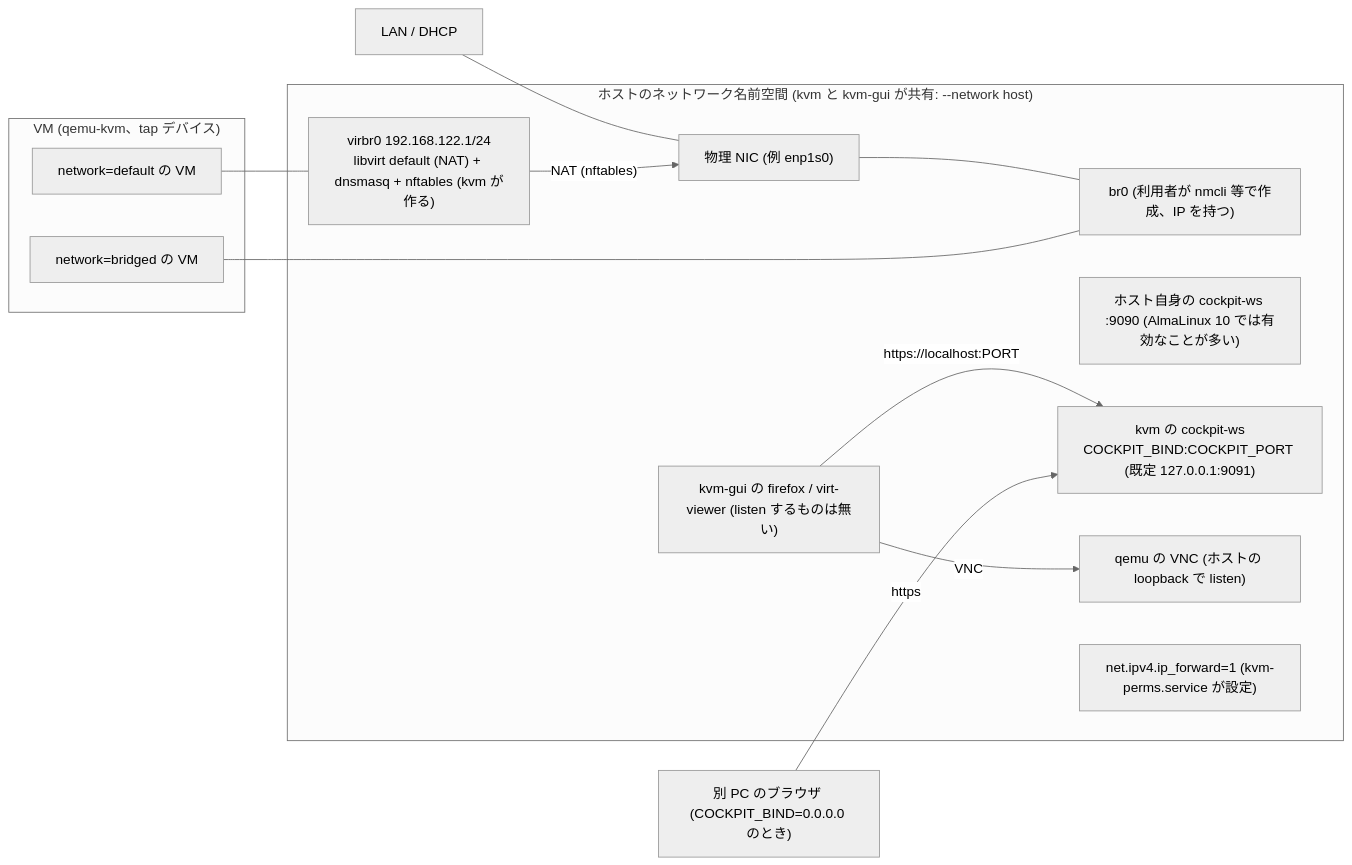
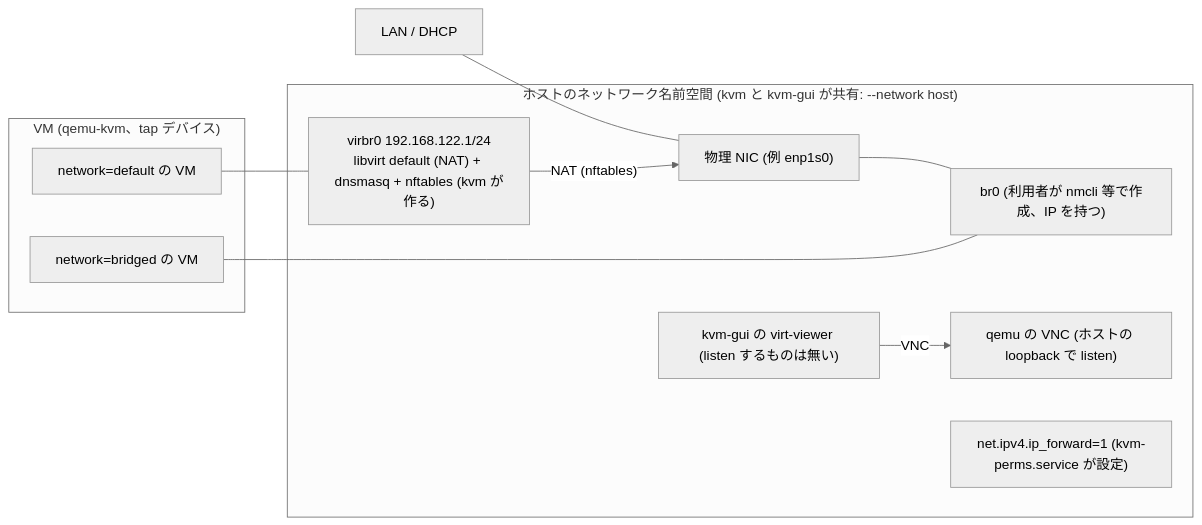
Before and after one commit to ryo-aoki-pc/kvm-container: diagram 11 of 22 in docs/SPEC.md, drawn with Mermaid (neutral theme). The commit also changed other lines of this file and 11 other files, not shown here.

````diff
--- a/docs/SPEC.md
+++ b/docs/SPEC.md
@@ -610,25 +578,21 @@
 ```mermaid
 flowchart LR
   subgraph ns ["ホストのネットワーク名前空間 (kvm と kvm-gui が共有: --network host)"]
     nic["物理 NIC (例 enp1s0)"]
     br0["br0 (利用者が nmcli 等で作成、IP を持つ)"]
     virbr0["virbr0 192.168.122.1/24<br/>libvirt default (NAT) + dnsmasq + nftables (kvm が作る)"]
-    hcock["ホスト自身の cockpit-ws :9090 (AlmaLinux 10 では有効なことが多い)"]
-    ccock["kvm の cockpit-ws<br/>COCKPIT_BIND:COCKPIT_PORT (既定 127.0.0.1:9091)"]
     vnc["qemu の VNC (ホストの loopback で listen)"]
     ipf["net.ipv4.ip_forward=1 (kvm-perms.service が設定)"]
-    gapps["kvm-gui の firefox / virt-viewer (listen するものは無い)"]
+    gapps["kvm-gui の virt-viewer (listen するものは無い)"]
   end
   subgraph vms ["VM (qemu-kvm、tap デバイス)"]
     vmA["network=default の VM"]
     vmB["network=bridged の VM"]
   end
   lan["LAN / DHCP"] --- nic
   nic --- br0
   vmA --- virbr0
   vmB --- br0
   virbr0 -->|"NAT (nftables)"| nic
-  gapps -->|"https://localhost:PORT"| ccock
   gapps -->|"VNC"| vnc
-  browser["別 PC のブラウザ (COCKPIT_BIND=0.0.0.0 のとき)"] -->|"https"| ccock
 ```
````
